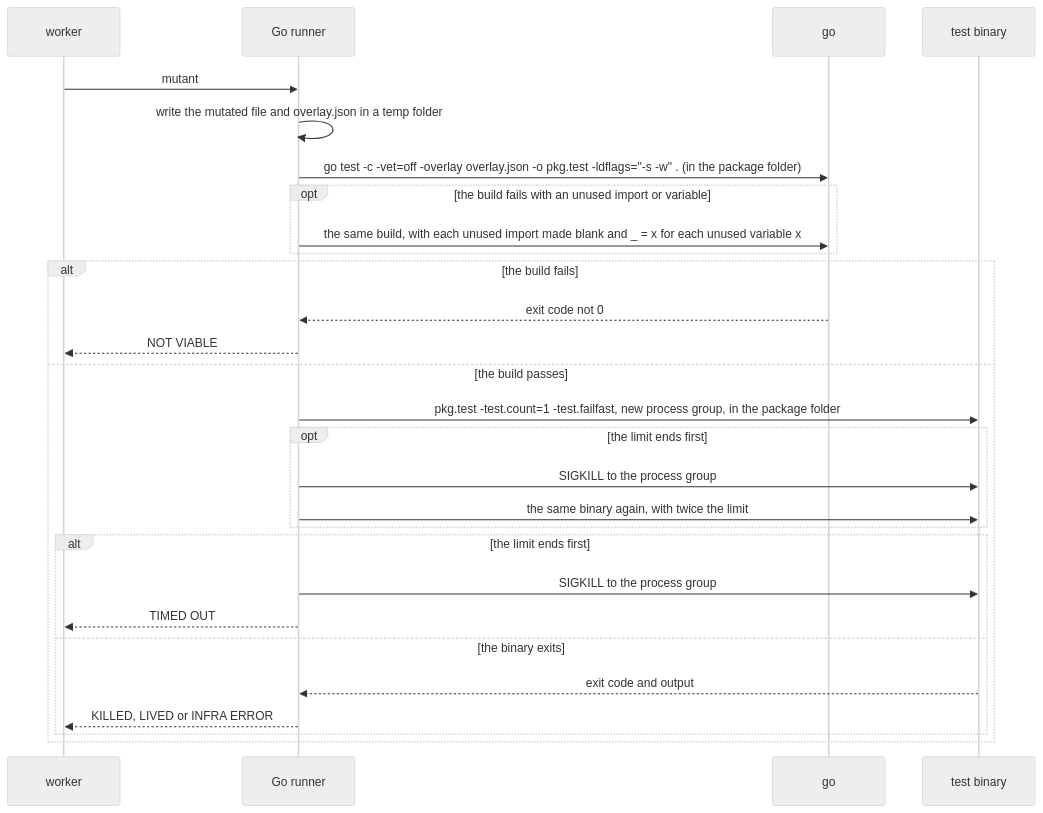
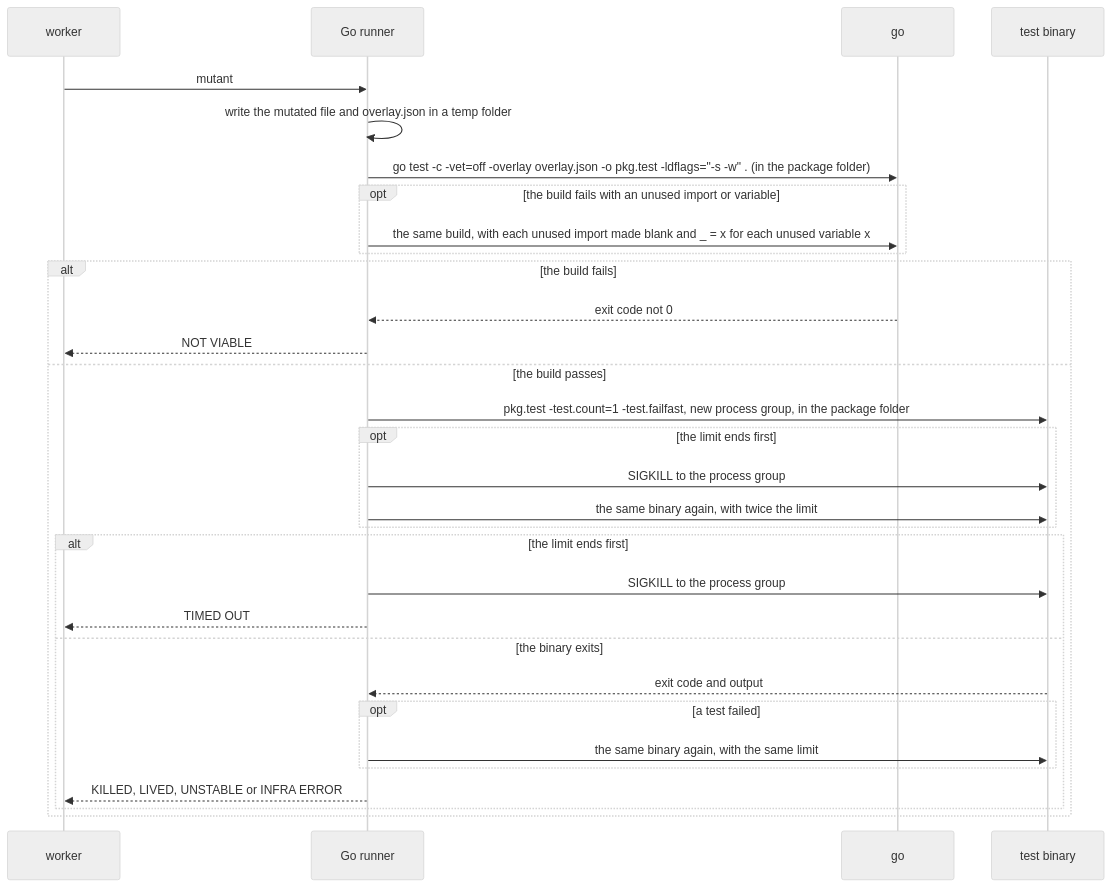
The third of 7 diagrams in docs/design.md (hpcsc/mutants), drawn with Mermaid (neutral theme) before and after one commit. The commit also changed other lines of this file and 19 other files, not shown here.

First line of the commit message:
Run the tests again after a kill, and call a kill that does not repeat UNSTABLE

````diff
--- a/docs/design.md
+++ b/docs/design.md
@@ -487,30 +487,33 @@
 ```mermaid
 sequenceDiagram
     participant W as worker
     participant R as Go runner
     participant G as go
     participant B as test binary
     W->>R: mutant
     R->>R: write the mutated file and overlay.json in a temp folder
     R->>G: go test -c -vet=off -overlay overlay.json -o pkg.test -ldflags="-s -w" . (in the package folder)
     opt the build fails with an unused import or variable
         R->>G: the same build, with each unused import made blank and _ = x for each unused variable x
     end
     alt the build fails
         G-->>R: exit code not 0
         R-->>W: NOT VIABLE
     else the build passes
         R->>B: pkg.test -test.count=1 -test.failfast, new process group, in the package folder
         opt the limit ends first
             R->>B: SIGKILL to the process group
             R->>B: the same binary again, with twice the limit
         end
         alt the limit ends first
             R->>B: SIGKILL to the process group
             R-->>W: TIMED OUT
         else the binary exits
             B-->>R: exit code and output
-            R-->>W: KILLED, LIVED or INFRA ERROR
+            opt a test failed
+                R->>B: the same binary again, with the same limit
+            end
+            R-->>W: KILLED, LIVED, UNSTABLE or INFRA ERROR
         end
     end
 ```
````
